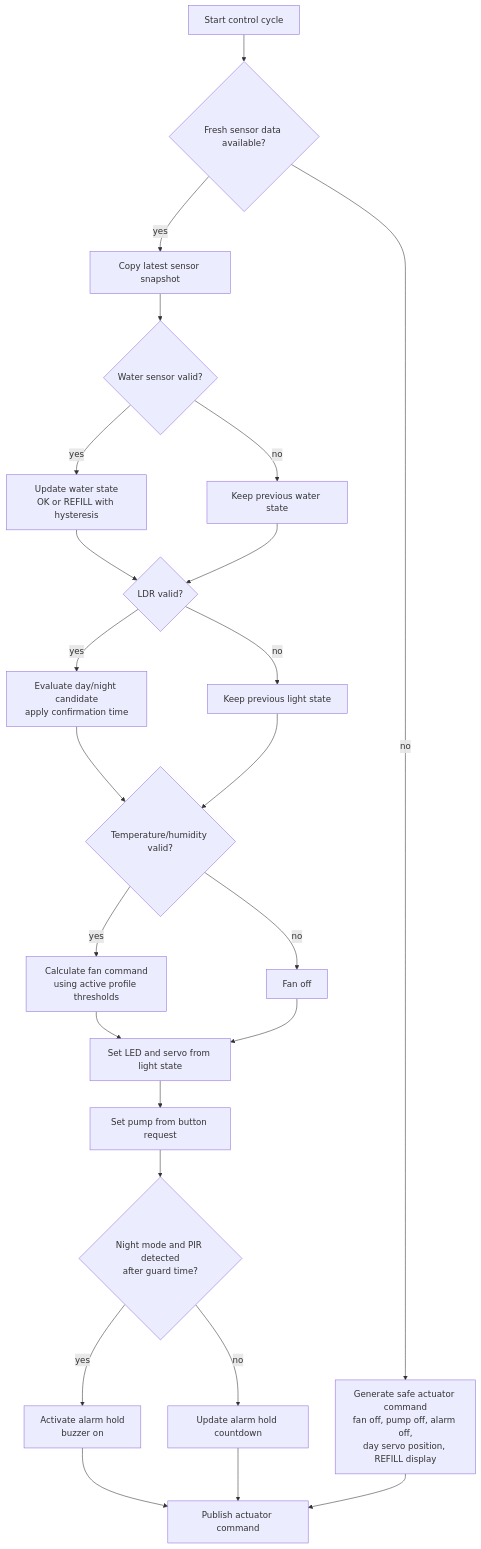
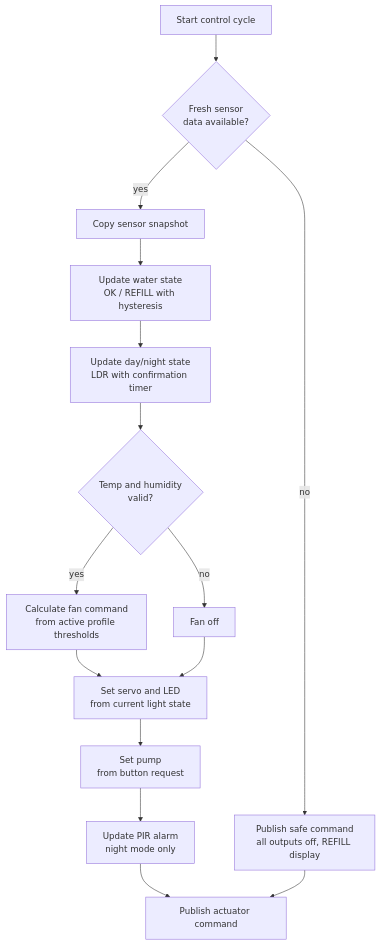
The diagram in docs/diagrams/control_algorithm_flow.mmd (EmbeddedNik/embedded_markdowns), drawn with Mermaid before and after one commit. The commit also changed 28 other files, not shown here.

Commit message:
change in diagrams

```diff
--- a/docs/diagrams/control_algorithm_flow.mmd
+++ b/docs/diagrams/control_algorithm_flow.mmd
@@ -1,28 +1,17 @@
 flowchart TD
-    A["Start control cycle"] --> B{"Fresh sensor data available?"}
-    B -- no --> SAFE["Generate safe actuator command<br/>fan off, pump off, alarm off,<br/>day servo position, REFILL display"]
-    B -- yes --> C["Copy latest sensor snapshot"]
+    START["Start control cycle"] --> FRESH{"Fresh sensor<br/>data available?"}
+    FRESH -- no --> SAFE["Publish safe command<br/>all outputs off, REFILL display"]
+    FRESH -- yes --> SNAP["Copy sensor snapshot"]
 
-    C --> W{"Water sensor valid?"}
-    W -- yes --> W2["Update water state<br/>OK or REFILL with hysteresis"]
-    W -- no --> W3["Keep previous water state"]
+    SNAP --> WATER["Update water state<br/>OK / REFILL with hysteresis"]
+    WATER --> LIGHT["Update day/night state<br/>LDR with confirmation timer"]
+    LIGHT --> TEMP{"Temp and humidity<br/>valid?"}
+    TEMP -- yes --> FAN["Calculate fan command<br/>from active profile thresholds"]
+    TEMP -- no --> FANOFF["Fan off"]
 
-    W2 --> L
-    W3 --> L
-    L{"LDR valid?"} -- yes --> L2["Evaluate day/night candidate<br/>apply confirmation time"]
-    L -- no --> L3["Keep previous light state"]
-
-    L2 --> F
-    L3 --> F
-    F{"Temperature/humidity valid?"} -- yes --> F2["Calculate fan command<br/>using active profile thresholds"]
-    F -- no --> F3["Fan off"]
-
-    F2 --> A1["Set LED and servo from light state"]
-    F3 --> A1
-    A1 --> P["Set pump from button request"]
-    P --> AL{"Night mode and PIR detected<br/>after guard time?"}
-    AL -- yes --> AL2["Activate alarm hold<br/>buzzer on"]
-    AL -- no --> AL3["Update alarm hold countdown"]
-    AL2 --> OUT["Publish actuator command"]
-    AL3 --> OUT
-    SAFE --> OUT
+    FAN --> OUTPUTS["Set servo and LED<br/>from current light state"]
+    FANOFF --> OUTPUTS
+    OUTPUTS --> PUMP["Set pump<br/>from button request"]
+    PUMP --> ALARM["Update PIR alarm<br/>night mode only"]
+    ALARM --> PUB["Publish actuator command"]
+    SAFE --> PUB
```
